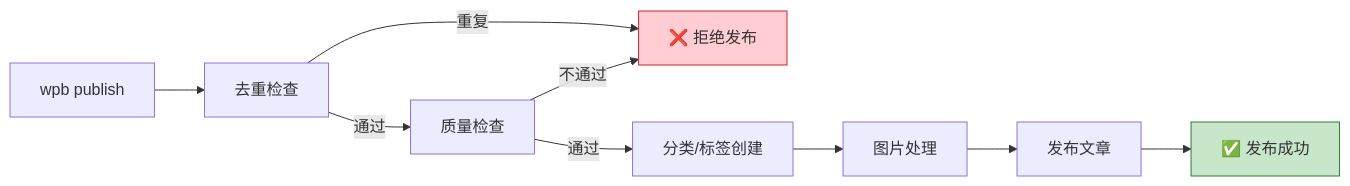
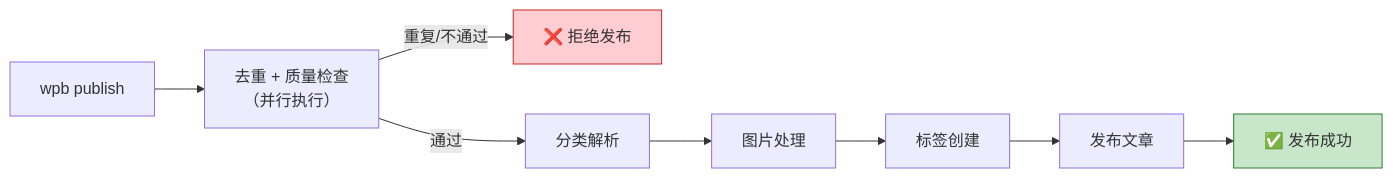
The third of 3 diagrams in README.md (lopinx/wbp), drawn with Mermaid before and after one commit. The commit also changed other lines of this file and 2 other files, not shown here.

First line of the commit message:
fix(wpb): 全库文档与代码对齐，修复 DEFAULT_CFG 引用不存在的 .xlsx 文件

````diff
--- a/README.md
+++ b/README.md
@@ -453,14 +453,13 @@
 ```mermaid
 flowchart LR
-    A["wpb publish"] --> B["去重检查"]
-    B -->|重复| C["❌ 拒绝发布"]
-    B -->|通过| D["质量检查"]
-    D -->|不通过| C
-    D -->|通过| E["分类/标签创建"]
-    E --> F["图片处理"]
+    A["wpb publish"] --> B["去重 + 质量检查\n（并行执行）"]
+    B -->|重复/不通过| C["❌ 拒绝发布"]
+    B -->|通过| D["分类解析"]
+    D --> E["图片处理"]
+    E --> F["标签创建"]
     F --> G["发布文章"]
     G --> H["✅ 发布成功"]
 
     style C fill:#ffcdd2,stroke:#c62828
     style H fill:#c8e6c9,stroke:#2e7d32
 ```
````
